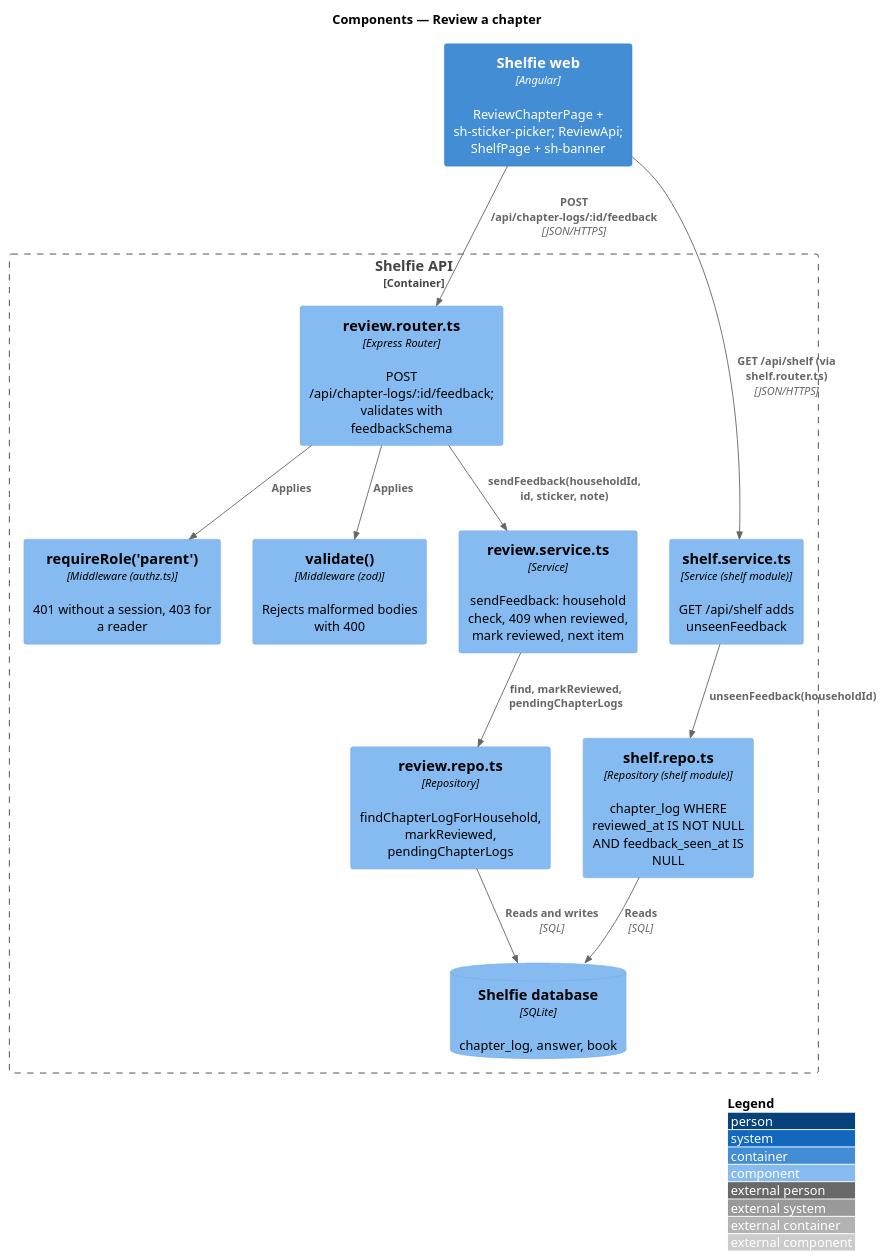
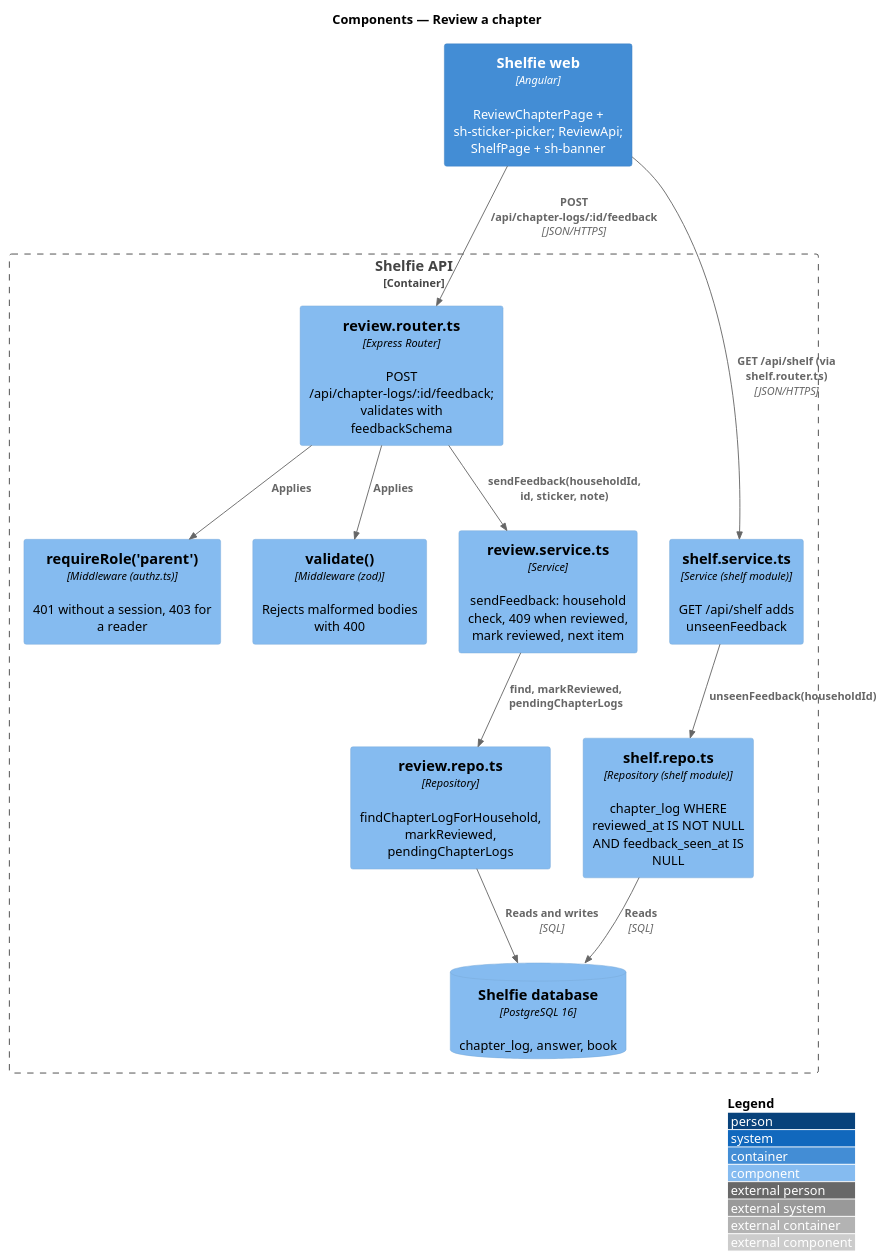
The diagram in docs/detailed-designs/review/review-chapter/diagrams/c4-component.puml (QuinntyneBrown/shelfie), drawn with PlantUML before and after one commit. The commit also changed 222 other files, not shown here.

First line of the commit message:
Require a managed PostgreSQL database and data protection for a public Shelfie

```diff
--- a/docs/detailed-designs/review/review-chapter/diagrams/c4-component.puml
+++ b/docs/detailed-designs/review/review-chapter/diagrams/c4-component.puml
@@ -1,26 +1,26 @@
 @startuml
 !include <C4/C4_Component>
 LAYOUT_WITH_LEGEND()
 title Components — Review a chapter
 
 Container(web, "Shelfie web", "Angular", "ReviewChapterPage + sh-sticker-picker; ReviewApi; ShelfPage + sh-banner")
 Container_Boundary(api, "Shelfie API") {
   Component(router, "review.router.ts", "Express Router", "POST /api/chapter-logs/:id/feedback; validates with feedbackSchema")
   Component(authz, "requireRole('parent')", "Middleware (authz.ts)", "401 without a session, 403 for a reader")
   Component(validate, "validate()", "Middleware (zod)", "Rejects malformed bodies with 400")
   Component(service, "review.service.ts", "Service", "sendFeedback: household check, 409 when reviewed, mark reviewed, next item")
   Component(repo, "review.repo.ts", "Repository", "findChapterLogForHousehold, markReviewed, pendingChapterLogs")
   Component(shelfService, "shelf.service.ts", "Service (shelf module)", "GET /api/shelf adds unseenFeedback")
   Component(shelfRepo, "shelf.repo.ts", "Repository (shelf module)", "chapter_log WHERE reviewed_at IS NOT NULL AND feedback_seen_at IS NULL")
-  ComponentDb(db, "Shelfie database", "SQLite", "chapter_log, answer, book")
+  ComponentDb(db, "Shelfie database", "PostgreSQL 16", "chapter_log, answer, book")
 }
 Rel(web, router, "POST /api/chapter-logs/:id/feedback", "JSON/HTTPS")
 Rel(web, shelfService, "GET /api/shelf (via shelf.router.ts)", "JSON/HTTPS")
 Rel(router, authz, "Applies")
 Rel(router, validate, "Applies")
 Rel(router, service, "sendFeedback(householdId, id, sticker, note)")
 Rel(service, repo, "find, markReviewed, pendingChapterLogs")
 Rel(shelfService, shelfRepo, "unseenFeedback(householdId)")
 Rel(repo, db, "Reads and writes", "SQL")
 Rel(shelfRepo, db, "Reads", "SQL")
 @enduml
```
